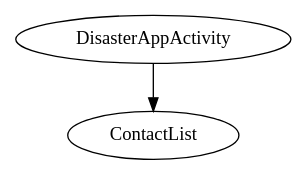
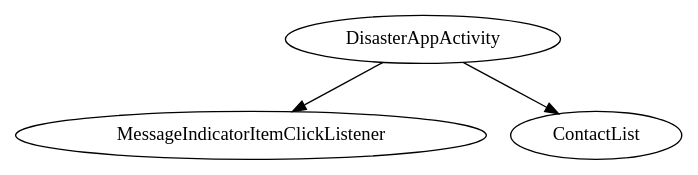
The diagram in DisasterAppActivity/.apt_generated/com/riis/dagger/DisasterAppObjectGraph.dot (riis/ProgrammingChallengeAndroid), drawn with Graphviz before and after one commit. The commit also changed 5 other files, not shown here.

Commit message:
DA-49: Implemented Dagger for the onItemClickListener.

```diff
--- a/DisasterAppActivity/.apt_generated/com/riis/dagger/DisasterAppObjectGraph.dot
+++ b/DisasterAppActivity/.apt_generated/com/riis/dagger/DisasterAppObjectGraph.dot
@@ -1,4 +1,5 @@
 digraph G1 {
   concentrate = true;
+  DisasterAppActivity -> MessageIndicatorItemClickListener;
   DisasterAppActivity -> ContactList;
 }
```
